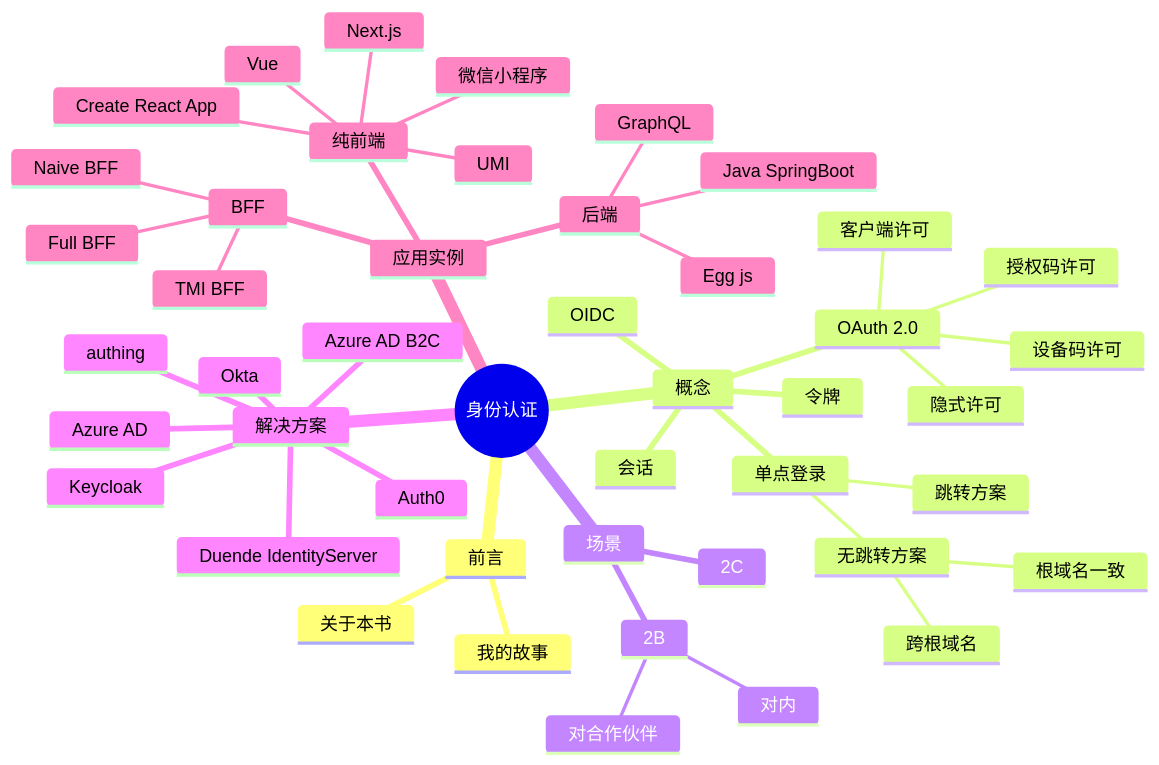
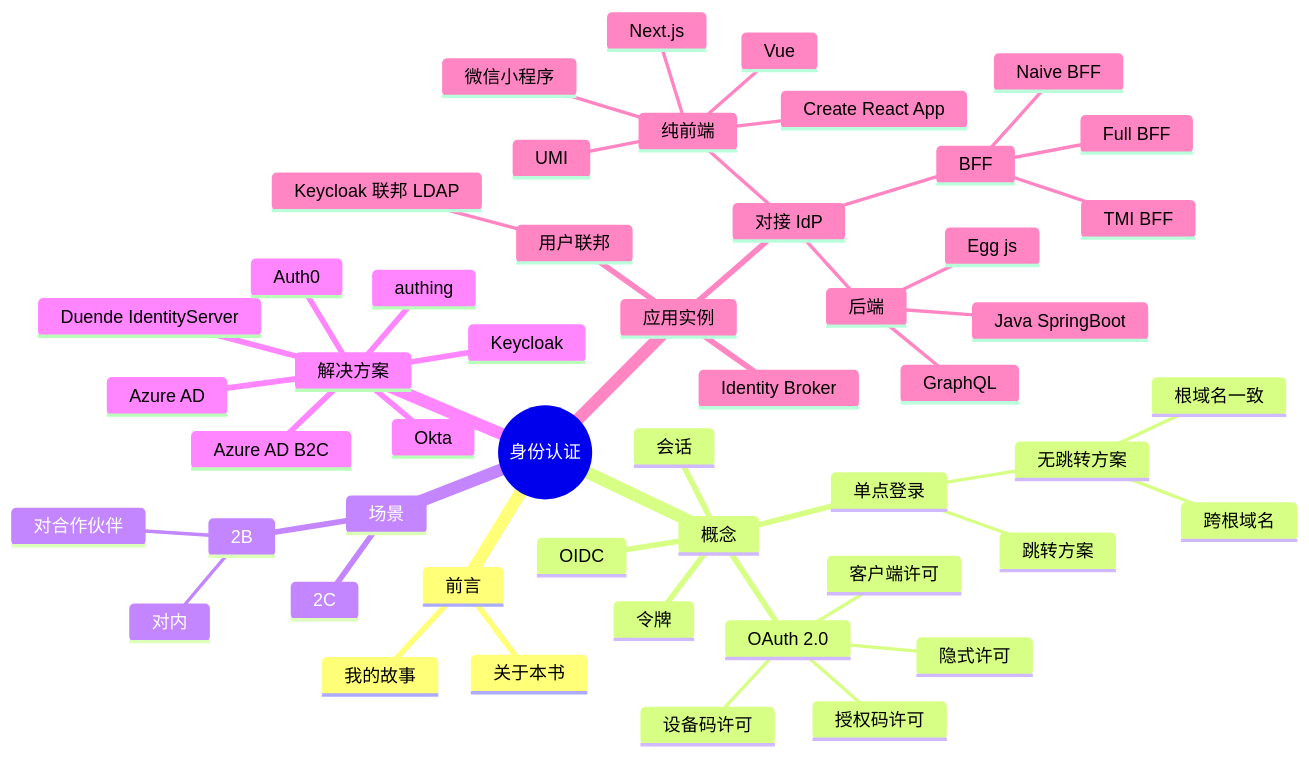
Before and after one commit to Jeff-Tian/AllAboutIdentity: the first of 2 diagrams in docs/idea.md, drawn with Mermaid.

Commit message:
feat(UNI-115): add user federation example

````diff
--- a/docs/idea.md
+++ b/docs/idea.md
@@ -5,49 +5,53 @@
 ```mermaid
 mindmap
   root((身份认证))
     前言
       我的故事
       关于本书
     概念
       会话
       令牌
       OAuth 2.0
         授权码许可
         客户端许可
         隐式许可
         设备码许可
       OIDC
       单点登录
         跳转方案
         无跳转方案
           根域名一致
           跨根域名
     场景
       2B
         对内
         对合作伙伴
       2C
     解决方案
       authing
       Keycloak
       Duende IdentityServer
       Okta
       Auth0
       Azure AD
       Azure AD B2C
     应用实例
-      纯前端
-        UMI
-        Next.js
-        Create React App
-        Vue
-        微信小程序
-      BFF
-        Naive BFF
-        TMI BFF
-        Full BFF
-      后端
-        Java SpringBoot
-        Egg js
-        GraphQL
+      对接 IdP
+        纯前端
+          UMI
+          Next.js
+          Create React App
+          Vue
+          微信小程序
+        BFF
+          Naive BFF
+          TMI BFF
+          Full BFF
+        后端
+          Java SpringBoot
+          Egg js
+          GraphQL
+      用户联邦
+        Keycloak 联邦 LDAP
+      Identity Broker
 ```
````
